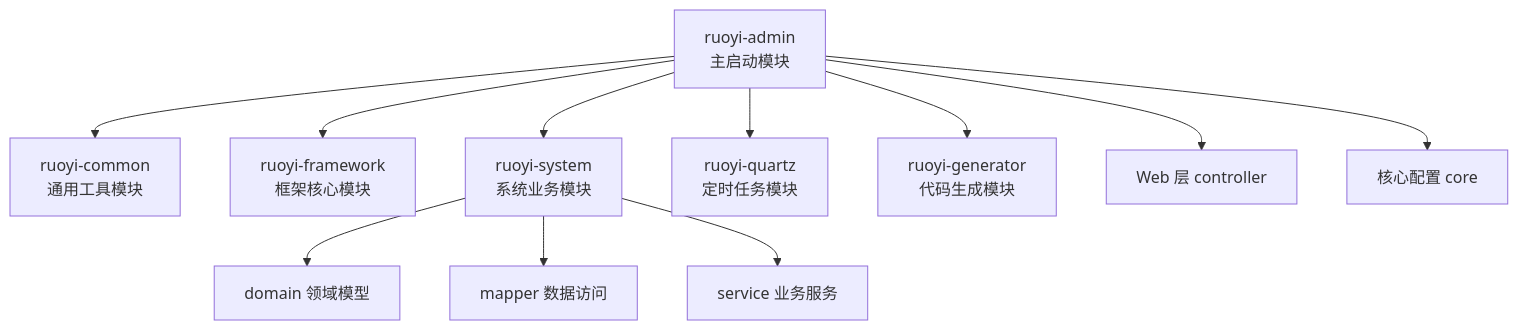
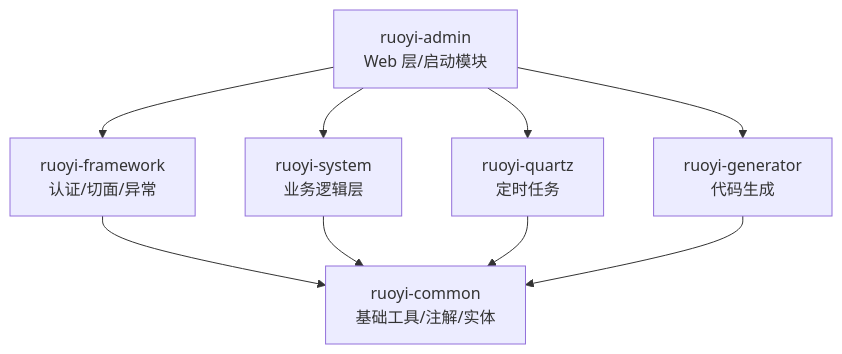
The first of 2 diagrams in ruoyi-admin/.gientech/wiki/项目概述.md (ChenLiyan-GT/RuoYi-Vue), drawn with Mermaid before and after one commit. The commit also changed other lines of this file and 82 other files, not shown here.

````diff
--- a/ruoyi-admin/.gientech/wiki/项目概述.md
+++ b/ruoyi-admin/.gientech/wiki/项目概述.md
@@ -46,15 +40,11 @@
 ```mermaid
 graph TD
-  A[ruoyi-admin<br/>主启动模块] --> B[ruoyi-common<br/>通用工具模块]
-  A --> C[ruoyi-framework<br/>框架核心模块]
-  A --> D[ruoyi-system<br/>系统业务模块]
-  A --> E[ruoyi-quartz<br/>定时任务模块]
-  A --> F[ruoyi-generator<br/>代码生成模块]
-  
-  A --> G[Web 层 controller]
-  A --> H[核心配置 core]
-  
-  D --> I[domain 领域模型]
-  D --> J[mapper 数据访问]
-  D --> K[service 业务服务]
+  A[ruoyi-admin<br/>Web 层/启动模块] --> B[ruoyi-framework<br/>认证/切面/异常]
+  A --> C[ruoyi-system<br/>业务逻辑层]
+  A --> D[ruoyi-quartz<br/>定时任务]
+  A --> E[ruoyi-generator<br/>代码生成]
+  B --> F[ruoyi-common<br/>基础工具/注解/实体]
+  C --> F
+  D --> F
+  E --> F
 ```
````
